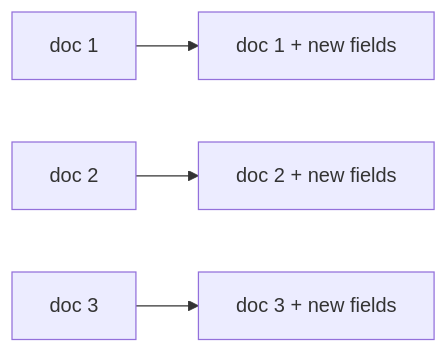
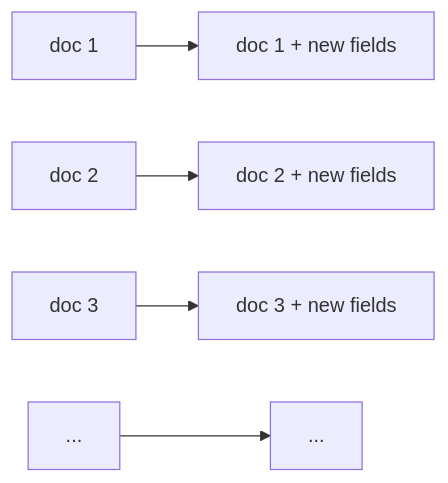
One commit to ucbepic/docetl changed the diagram in docs/operators/map.md. Above: the diagram before and after it, drawn with Mermaid. The commit also changed 8 other files, not shown here.

First line of the commit message:
Operator diagrams: center, add continuation rows

````diff
--- a/docs/operators/map.md
+++ b/docs/operators/map.md
@@ -5,6 +5,7 @@
 ```mermaid
 flowchart LR
     d1["doc 1"] --> o1["doc 1 + new fields"]
     d2["doc 2"] --> o2["doc 2 + new fields"]
     d3["doc 3"] --> o3["doc 3 + new fields"]
+    dn["..."] --> on["..."]
 ```
````
